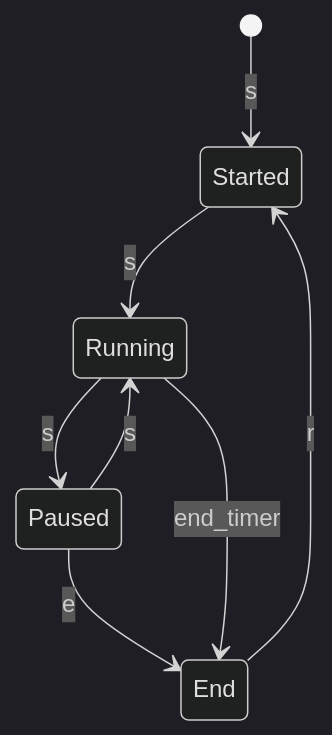
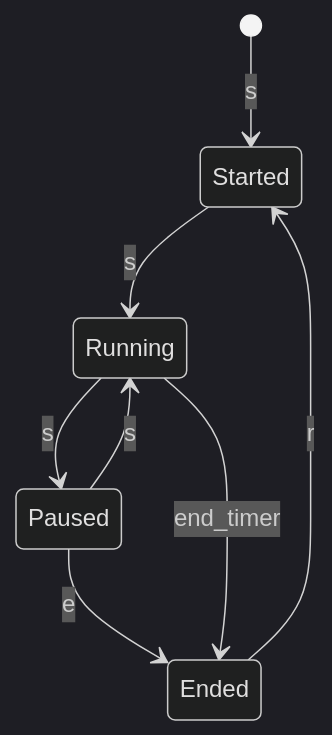
The diagram in doc/docs_1D.md (joaoMartinSaquet/ia2_learning_env), drawn with Mermaid (dark theme) before and after one commit. The commit also changed other lines of this file, not shown here.

````diff
--- a/doc/docs_1D.md
+++ b/doc/docs_1D.md
@@ -3,10 +26,10 @@
 ```mermaid
 stateDiagram-v2
     [*] --> Started : s
     Started --> Running : s
     Running --> Paused : s
     Paused --> Running : s
-    Paused --> End : e 
-    Running --> End : end_timer
-    End --> Started : r
+    Paused --> Ended : e 
+    Running --> Ended : end_timer
+    Ended --> Started : r
 ```
````
